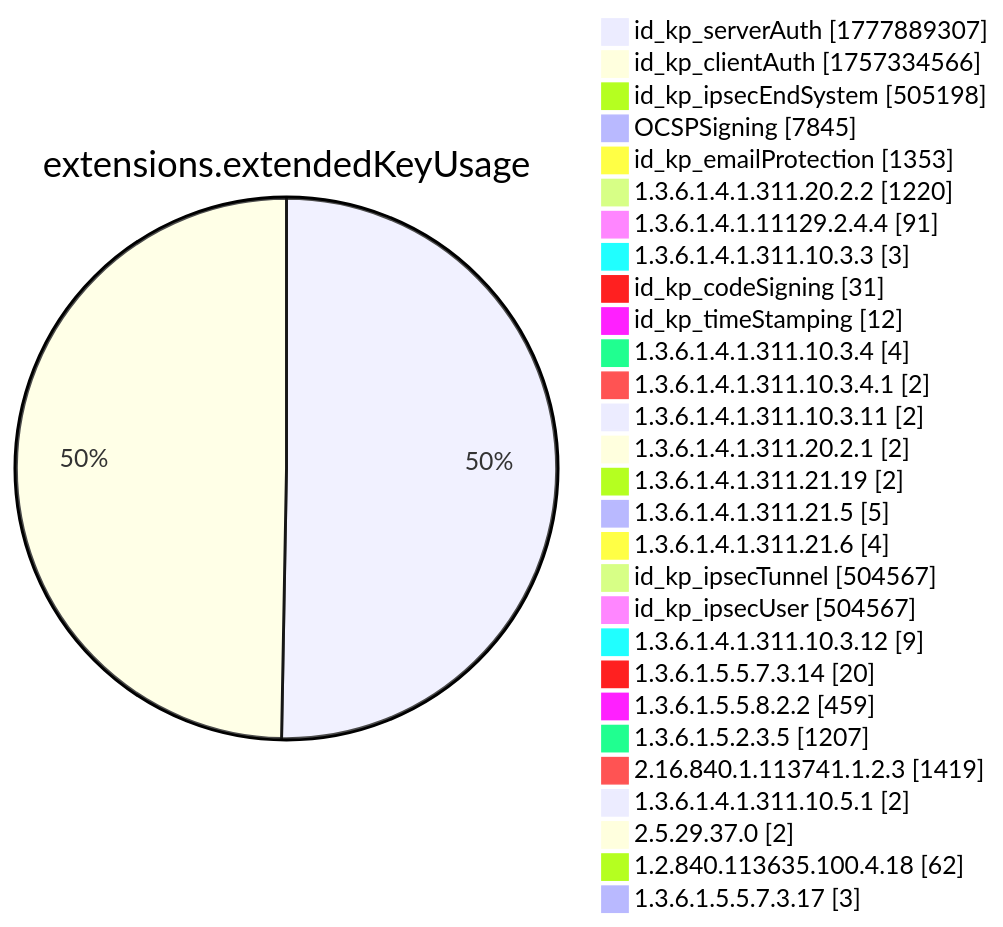
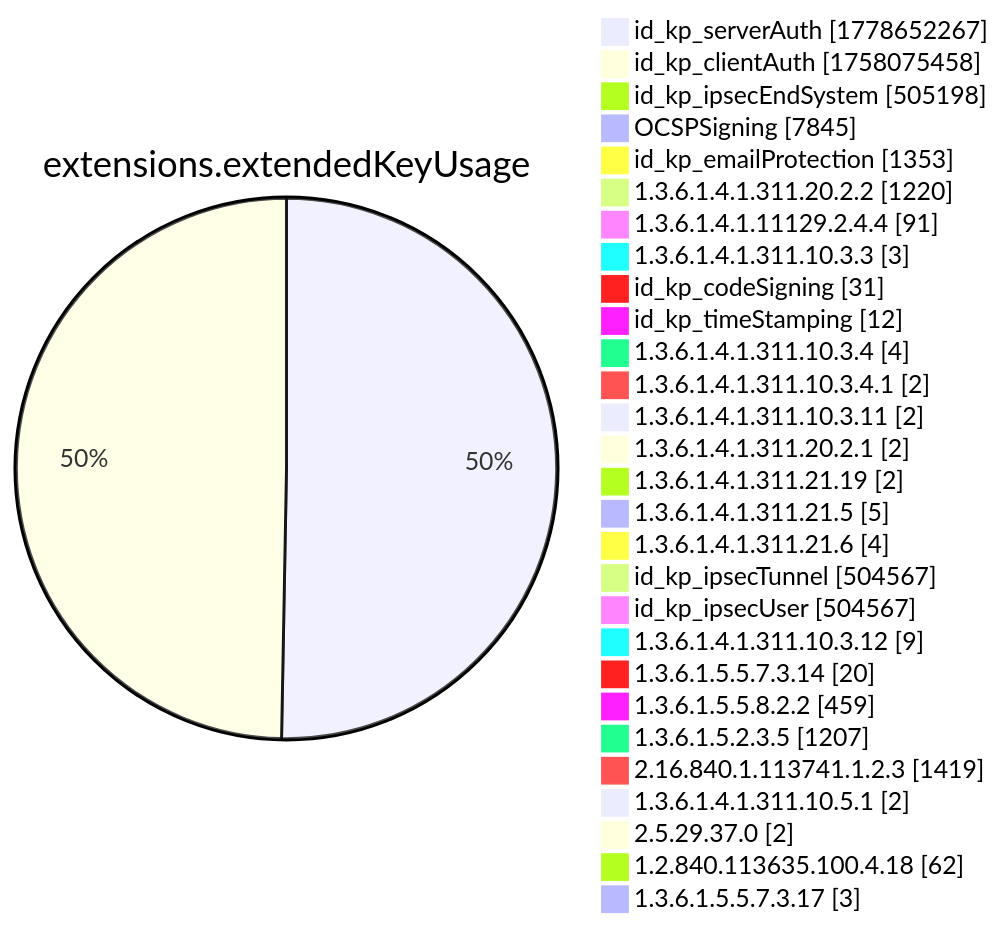
Before and after one commit to christiankrug/ctmonitor_visualization: diagram 12 of 15 in xenon2022/README.md, drawn with Mermaid. The commit also changed other lines of this file, not shown here.

````diff
--- a/xenon2022/README.md
+++ b/xenon2022/README.md
@@ -3894,32 +3894,32 @@
 ```mermaid
 pie showData
 title extensions.extendedKeyUsage
-"id_kp_serverAuth" :1777889307
-"id_kp_clientAuth" :1757334566
+"id_kp_serverAuth" :1778652267
+"id_kp_clientAuth" :1758075458
 "id_kp_ipsecEndSystem" :505198
 "OCSPSigning" :7845
 "id_kp_emailProtection" :1353
 "1.3.6.1.4.1.311.20.2.2" :1220
 "1.3.6.1.4.1.11129.2.4.4" :91
 "1.3.6.1.4.1.311.10.3.3" :3
 "id_kp_codeSigning" :31
 "id_kp_timeStamping" :12
 "1.3.6.1.4.1.311.10.3.4" :4
 "1.3.6.1.4.1.311.10.3.4.1" :2
 "1.3.6.1.4.1.311.10.3.11" :2
 "1.3.6.1.4.1.311.20.2.1" :2
 "1.3.6.1.4.1.311.21.19" :2
 "1.3.6.1.4.1.311.21.5" :5
 "1.3.6.1.4.1.311.21.6" :4
 "id_kp_ipsecTunnel" :504567
 "id_kp_ipsecUser" :504567
 "1.3.6.1.4.1.311.10.3.12" :9
 "1.3.6.1.5.5.7.3.14" :20
 "1.3.6.1.5.5.8.2.2" :459
 "1.3.6.1.5.2.3.5" :1207
 "2.16.840.1.113741.1.2.3" :1419
 "1.3.6.1.4.1.311.10.5.1" :2
 "2.5.29.37.0" :2
 "1.2.840.113635.100.4.18" :62
 "1.3.6.1.5.5.7.3.17" :3
 ```
````
